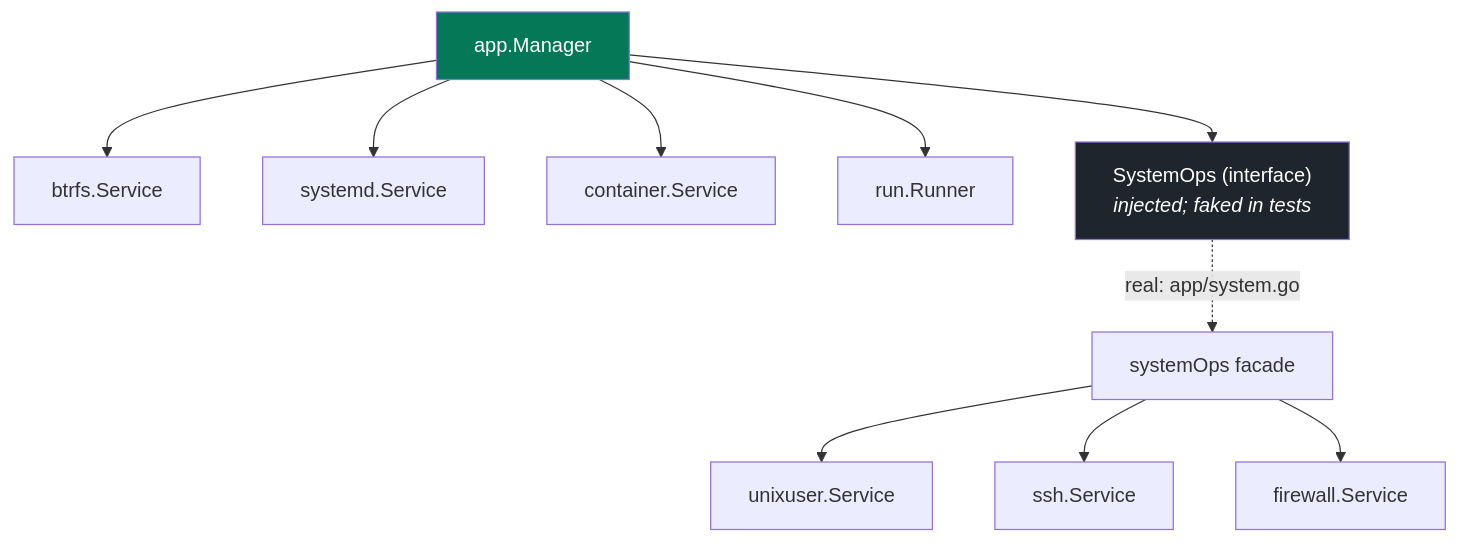
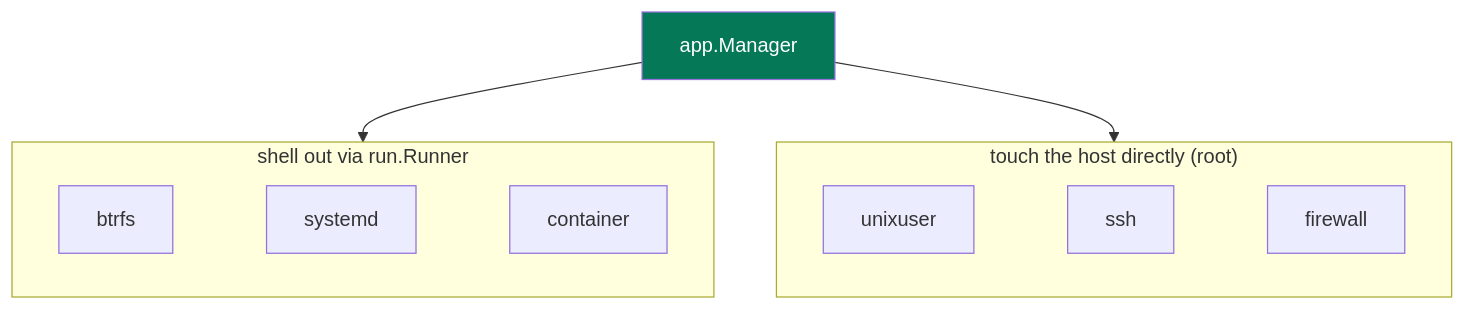
One commit to binwiederhier/hostit changed the second of 9 diagrams in docs/slides/presentations/tech-overview.md. Above: the diagram before and after it, drawn with Mermaid. The commit also changed other lines of this file and 1 other file, not shown here.

First line of the commit message:
docs(slides): fancier decks; add the SQLite schema; drop stale SystemOps

````diff
--- a/docs/slides/presentations/tech-overview.md
+++ b/docs/slides/presentations/tech-overview.md
@@ -129,15 +143,15 @@
-```mermaid
+```mermaid {scale: 0.72}
 flowchart TB
     mgr["app.Manager"]
-    mgr --> btrfs["btrfs.Service"]
-    mgr --> systemd["systemd.Service"]
-    mgr --> container["container.Service"]
-    mgr --> runner["run.Runner"]
-    mgr --> ops["SystemOps (interface)<br/><i>injected; faked in tests</i>"]
-    ops -.->|"real: app/system.go"| sysops["systemOps facade"]
-    sysops --> unixuser["unixuser.Service"]
-    sysops --> ssh["ssh.Service"]
-    sysops --> firewall["firewall.Service"]
+    mgr --> shell
+    mgr --> direct
+    subgraph shell["shell out via run.Runner"]
+      direction LR
+      btrfs["btrfs"] ~~~ systemd["systemd"] ~~~ container["container"]
+    end
+    subgraph direct["touch the host directly (root)"]
+      direction LR
+      user["unixuser"] ~~~ ssh["ssh"] ~~~ firewall["firewall"]
+    end
     style mgr fill:#047857,color:#fff
-    style ops fill:#1f252d,color:#fff
 ```
````
